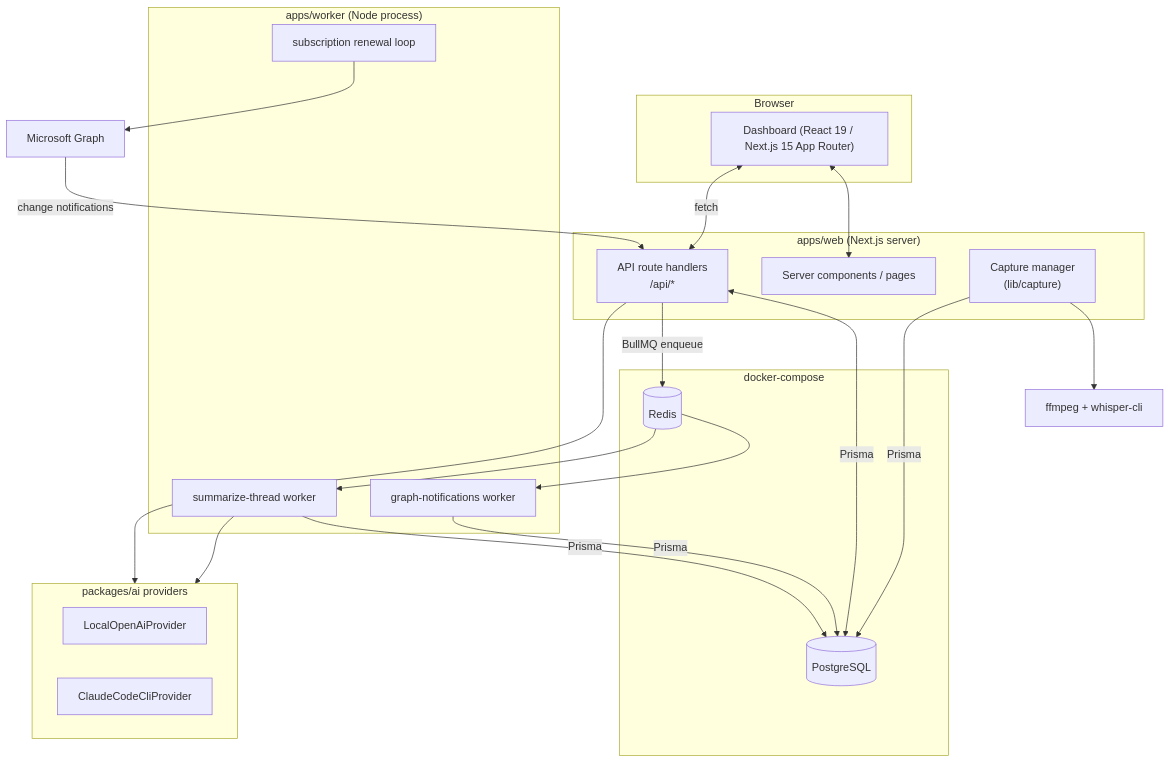
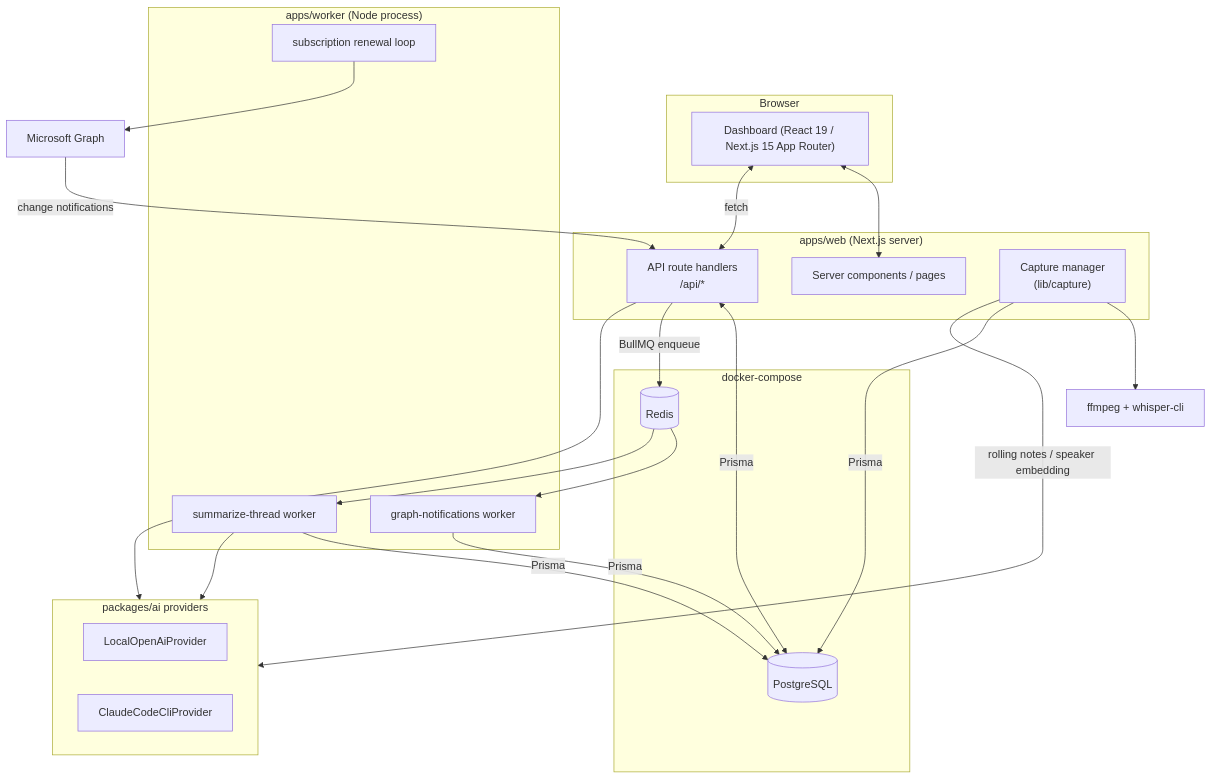
One commit to phanbaohuy96/context-pilot changed the first of 2 diagrams in docs/architecture.md. Above: the diagram before and after it, drawn with Mermaid. The commit also changed other lines of this file and 3 other files, not shown here.

First line of the commit message:
Docs: sync for diarization, rolling notes, and utterance timestamps

````diff
--- a/docs/architecture.md
+++ b/docs/architecture.md
@@ -7,46 +7,47 @@
 ```mermaid
 flowchart TB
   subgraph client["Browser"]
     dash["Dashboard (React 19 / Next.js 15 App Router)"]
   end
 
   subgraph web["apps/web (Next.js server)"]
     pages["Server components / pages"]
     api["API route handlers\n/api/*"]
     capmgr["Capture manager\n(lib/capture)"]
   end
 
   subgraph infra["docker-compose"]
     pg[("PostgreSQL")]
     redis[("Redis")]
   end
 
   subgraph worker["apps/worker (Node process)"]
     gworker["graph-notifications worker"]
     sworker["summarize-thread worker"]
     renew["subscription renewal loop"]
   end
 
   subgraph ai["packages/ai providers"]
     openai["LocalOpenAiProvider"]
     claude["ClaudeCodeCliProvider"]
   end
 
   ffmpeg["ffmpeg + whisper-cli"]
   msgraph["Microsoft Graph"]
 
   dash <--> pages
   dash <-->|fetch| api
   api <-->|Prisma| pg
   api -->|BullMQ enqueue| redis
   capmgr --> ffmpeg
   capmgr -->|Prisma| pg
+  capmgr -->|rolling notes / speaker embedding| ai
   redis --> gworker
   redis --> sworker
   gworker -->|Prisma| pg
   sworker -->|Prisma| pg
   sworker --> ai
   api --> ai
   msgraph -->|change notifications| api
   renew --> msgraph
 ```
````
